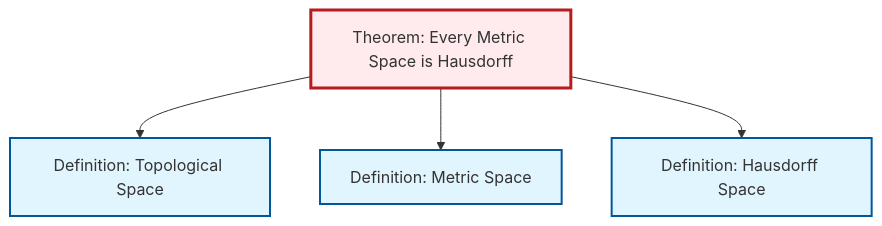
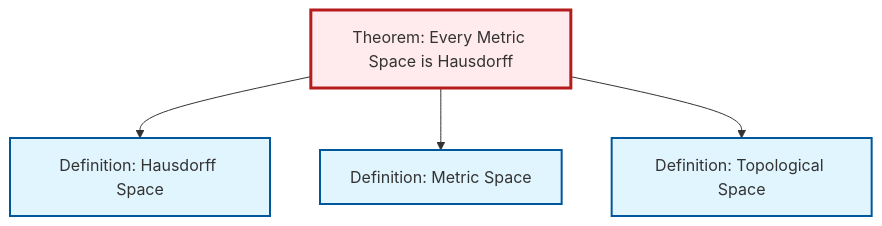
One commit to RK0429/ModernMath changed the diagram in output/mermaid/thm-metric-hausdorff.mermaid. Above: the diagram before and after it, drawn with Mermaid. The commit also changed other lines of this file and 1353 other files, not shown here.

```diff
--- a/output/mermaid/thm-metric-hausdorff.mermaid
+++ b/output/mermaid/thm-metric-hausdorff.mermaid
@@ -1,15 +1,15 @@
 %%| fig-cap: "Local dependency graph"
 graph TD
     classDef definition fill:#e1f5fe,stroke:#01579b,stroke-width:2px
     classDef theorem fill:#f3e5f5,stroke:#4a148c,stroke-width:2px
     classDef axiom fill:#fff3e0,stroke:#e65100,stroke-width:2px
     classDef example fill:#e8f5e9,stroke:#1b5e20,stroke-width:2px
     classDef current fill:#ffebee,stroke:#b71c1c,stroke-width:3px
+    thm-metric-hausdorff["Theorem: Every Metric Space is Hausdorff"]:::theorem
+    def-hausdorff["Definition: Hausdorff Space"]:::definition
+    def-topological-space["Definition: Topological Space"]:::definition
     def-metric-space["Definition: Metric Space"]:::definition
-    def-topological-space["Definition: Topological Space"]:::definition
-    def-hausdorff["Definition: Hausdorff Space"]:::definition
-    thm-metric-hausdorff["Theorem: Every Metric Space is Hausdorff"]:::theorem
+    thm-metric-hausdorff --> def-hausdorff
+    thm-metric-hausdorff --> def-metric-space
     thm-metric-hausdorff --> def-topological-space
-    thm-metric-hausdorff --> def-metric-space
-    thm-metric-hausdorff --> def-hausdorff
     class thm-metric-hausdorff current
```
